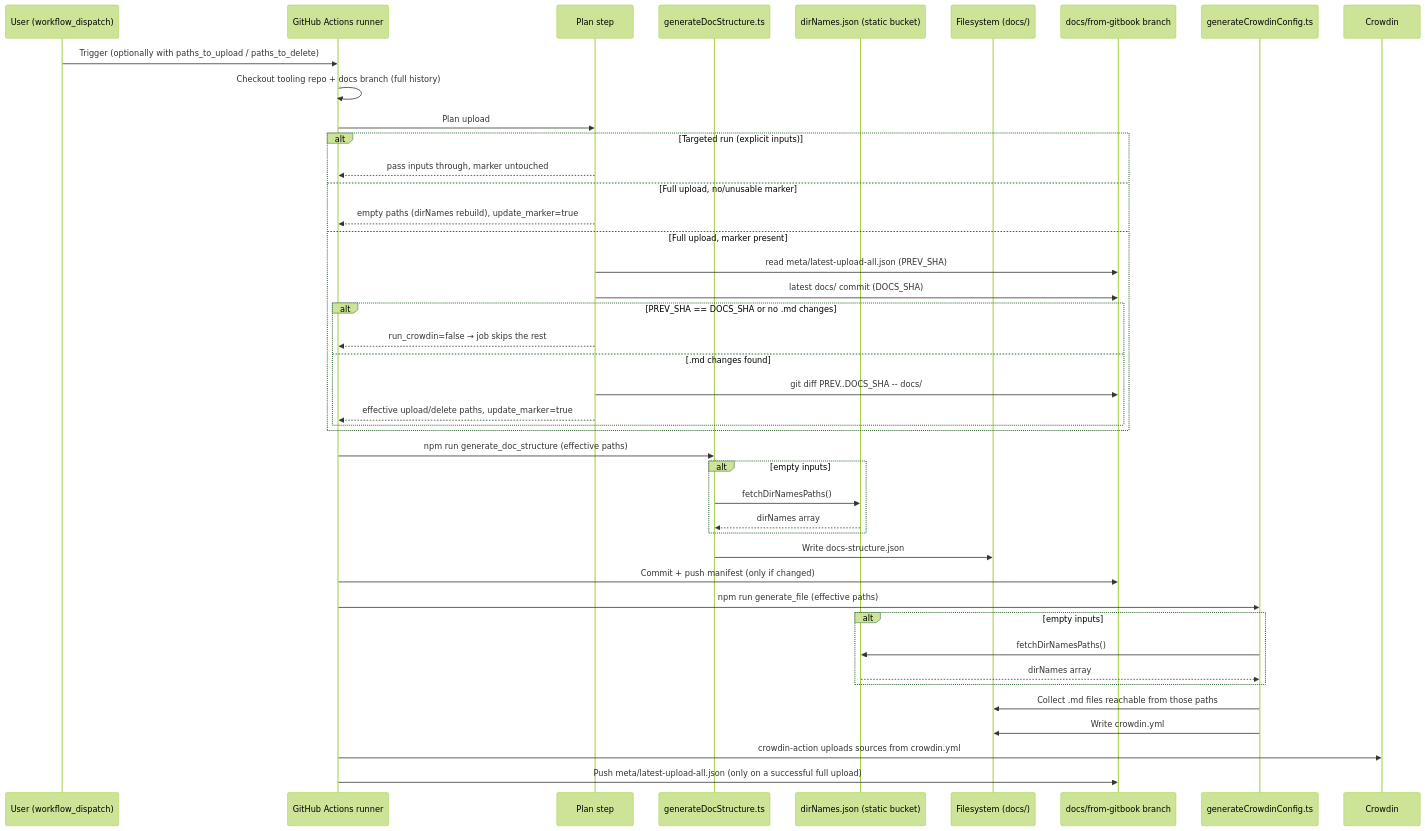
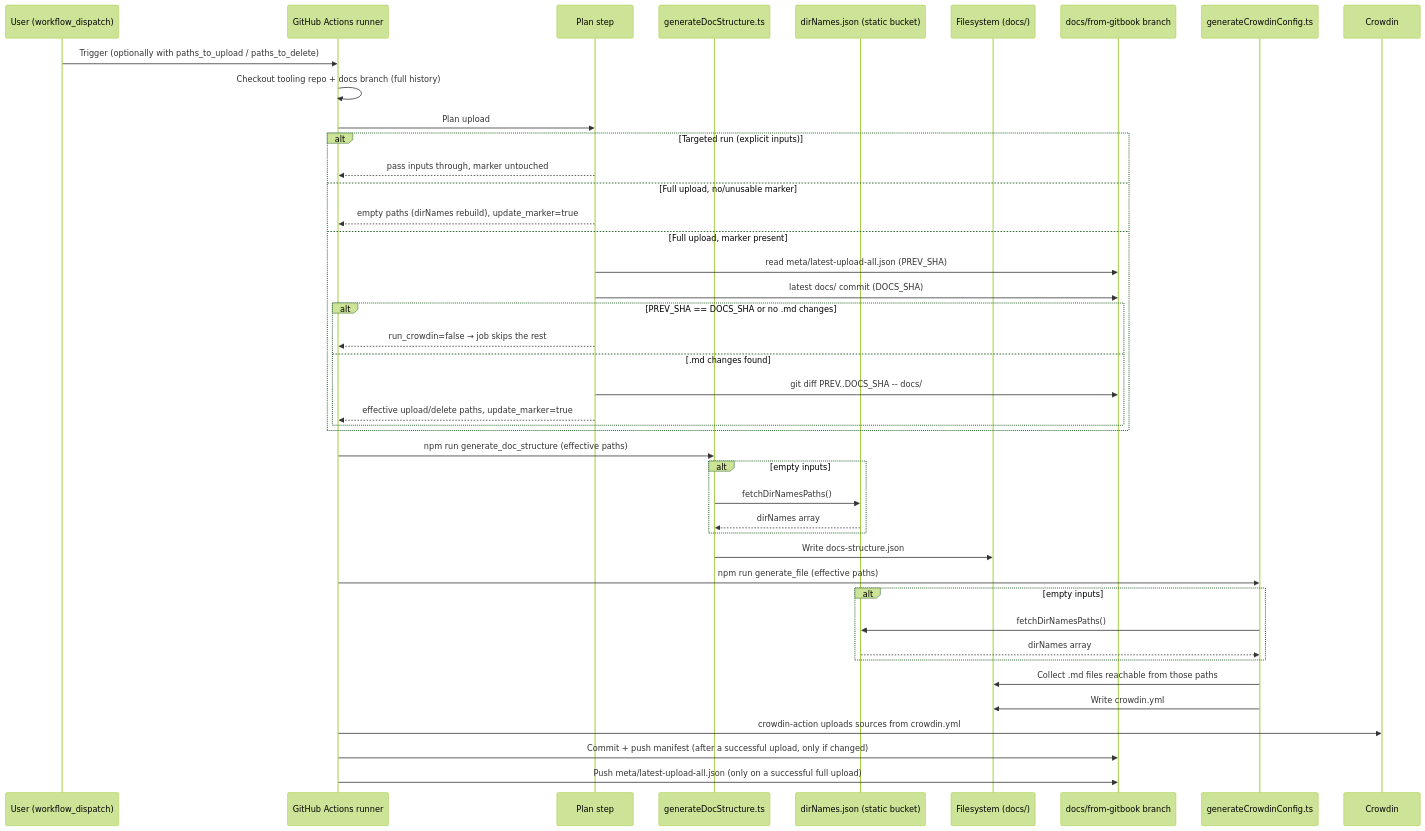
One commit to pagopa/devportal-docs changed the sixth of 6 diagrams in upload_sources_to_crowdin_workflow.md. Above: the diagram before and after it, drawn with Mermaid (forest theme). The commit also changed other lines of this file and 2 other files, not shown here.

Commit message:
Refactor commit logic for docs structure manifest to occur only after successful Crowdin upload, ensuring branch consistency

````diff
--- a/upload_sources_to_crowdin_workflow.md
+++ b/upload_sources_to_crowdin_workflow.md
@@ -395,46 +395,46 @@
 ```mermaid
 sequenceDiagram
     participant U as User (workflow_dispatch)
     participant GA as GitHub Actions runner
     participant PL as Plan step
     participant DS as generateDocStructure.ts
     participant DN as dirNames.json (static bucket)
     participant FS as Filesystem (docs/)
     participant G as docs/from-gitbook branch
     participant CC as generateCrowdinConfig.ts
     participant CR as Crowdin
 
     U->>GA: Trigger (optionally with paths_to_upload / paths_to_delete)
     GA->>GA: Checkout tooling repo + docs branch (full history)
     GA->>PL: Plan upload
     alt Targeted run (explicit inputs)
         PL-->>GA: pass inputs through, marker untouched
     else Full upload, no/unusable marker
         PL-->>GA: empty paths (dirNames rebuild), update_marker=true
     else Full upload, marker present
         PL->>G: read meta/latest-upload-all.json (PREV_SHA)
         PL->>G: latest docs/ commit (DOCS_SHA)
         alt PREV_SHA == DOCS_SHA or no .md changes
             PL-->>GA: run_crowdin=false → job skips the rest
         else .md changes found
             PL->>G: git diff PREV..DOCS_SHA -- docs/
             PL-->>GA: effective upload/delete paths, update_marker=true
         end
     end
     GA->>DS: npm run generate_doc_structure (effective paths)
     alt empty inputs
         DS->>DN: fetchDirNamesPaths()
         DN-->>DS: dirNames array
     end
     DS->>FS: Write docs-structure.json
-    GA->>G: Commit + push manifest (only if changed)
     GA->>CC: npm run generate_file (effective paths)
     alt empty inputs
         CC->>DN: fetchDirNamesPaths()
         DN-->>CC: dirNames array
     end
     CC->>FS: Collect .md files reachable from those paths
     CC->>FS: Write crowdin.yml
     GA->>CR: crowdin-action uploads sources from crowdin.yml
+    GA->>G: Commit + push manifest (after a successful upload, only if changed)
     GA->>G: Push meta/latest-upload-all.json (only on a successful full upload)
 ```
````
